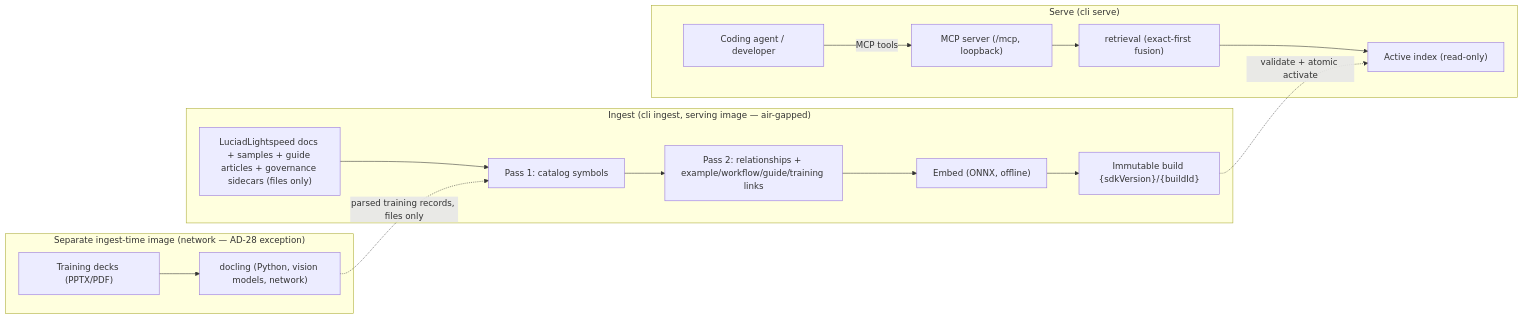
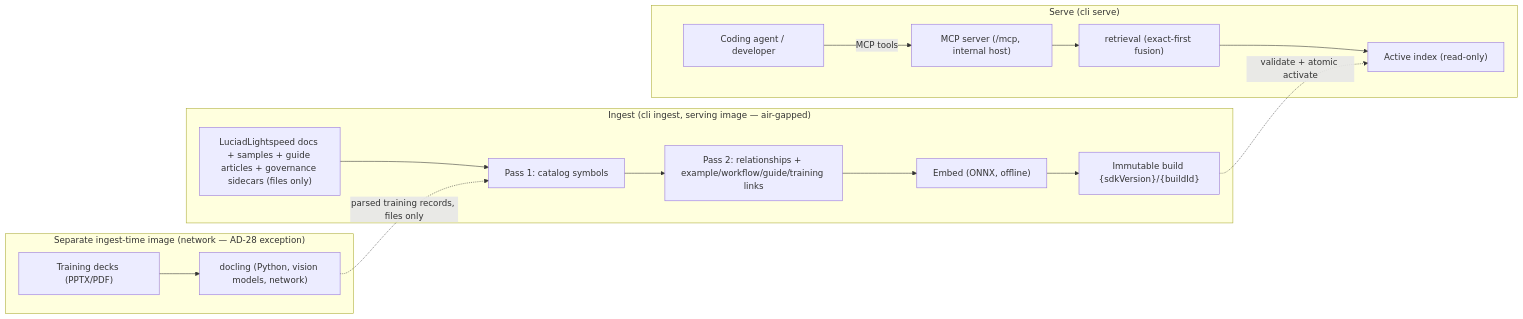
The second of 3 diagrams in _bmad-output/planning-artifacts/architecture/architecture-luciad-mcp-2026-08-20/ARCHITECTURE-SPINE.md (egamix/llsp-mcp), drawn with Mermaid before and after one commit. The commit also changed other lines of this file and 7 other files, not shown here.

First line of the commit message:
Add product brief; reconcile v1 to shared internal-host deployment

````diff
--- a/_bmad-output/planning-artifacts/architecture/architecture-luciad-mcp-2026-08-20/ARCHITECTURE-SPINE.md
+++ b/_bmad-output/planning-artifacts/architecture/architecture-luciad-mcp-2026-08-20/ARCHITECTURE-SPINE.md
@@ -303,25 +304,25 @@
 ```mermaid
 graph LR
   subgraph Ingest_Trainings["Separate ingest-time image (network — AD-28 exception)"]
     decks["Training decks (PPTX/PDF)"]
     docling["docling (Python, vision models, network)"]
     decks --> docling
   end
   subgraph Offline_Ingest["Ingest (cli ingest, serving image — air-gapped)"]
     docs["LuciadLightspeed docs + samples + guide articles + governance sidecars (files only)"]
     p1["Pass 1: catalog symbols"]
     p2["Pass 2: relationships + example/workflow/guide/training links"]
     emb["Embed (ONNX, offline)"]
     build["Immutable build {sdkVersion}/{buildId}"]
     docs --> p1 --> p2 --> emb --> build
     docling -.parsed training records, files only.-> p1
   end
   subgraph Serve["Serve (cli serve)"]
     agent["Coding agent / developer"]
-    mcpsrv["MCP server (/mcp, loopback)"]
+    mcpsrv["MCP server (/mcp, internal host)"]
     ret["retrieval (exact-first fusion)"]
     active["Active index (read-only)"]
     agent -->|MCP tools| mcpsrv --> ret --> active
   end
   build -.validate + atomic activate.-> active
 ```
````
